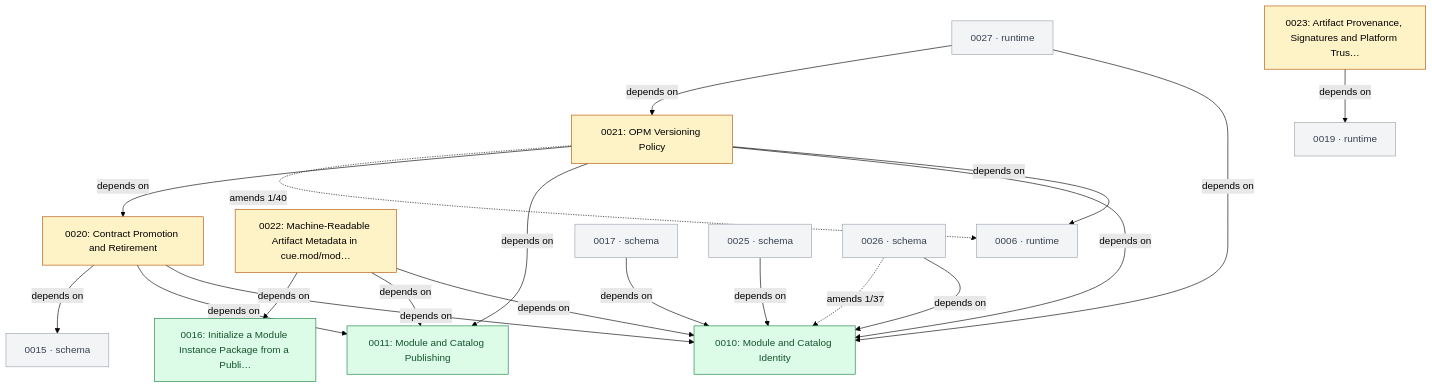
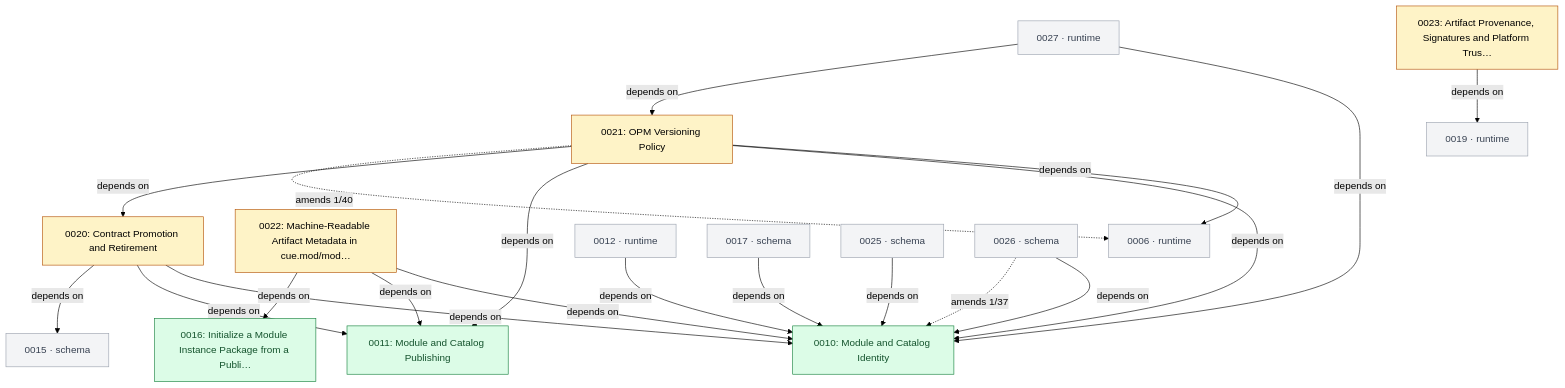
One commit to open-platform-model/enhancements changed the fourth of 6 diagrams in GRAPH.md. Above: the diagram before and after it, drawn with Mermaid (forest theme). The commit also changed other lines of this file and 11 other files, not shown here.

````diff
--- a/GRAPH.md
+++ b/GRAPH.md
@@ -142,45 +147,47 @@
 ```mermaid
 graph TD
   classDef draft       fill:#fef3c7,stroke:#b45309,color:#000
   classDef accepted    fill:#dbeafe,stroke:#1d4ed8,color:#000
   classDef rejected    fill:#fee2e2,stroke:#b91c1c,color:#7f1d1d,stroke-dasharray:4 2
   classDef superseded  fill:#e5e7eb,stroke:#6b7280,color:#6b7280
   classDef delivered   fill:#dcfce7,stroke:#15803d,color:#14532d
   classDef legacy      fill:#fafafa,stroke:#9ca3af,color:#6b7280,stroke-dasharray:3 3
   classDef stub        fill:#f3f4f6,stroke:#9ca3af,color:#374151
   classDef category    fill:#ede9fe,stroke:#6d28d9,color:#000
 
   N0010["0010: Module and Catalog Identity"]:::delivered
   N0011["0011: Module and Catalog Publishing"]:::delivered
   N0016["0016: Initialize a Module Instance Package from a Publi…"]:::delivered
   N0020["0020: Contract Promotion and Retirement"]:::draft
   N0021["0021: OPM Versioning Policy"]:::draft
   N0022["0022: Machine-Readable Artifact Metadata in cue.mod/mod…"]:::draft
   N0023["0023: Artifact Provenance, Signatures and Platform Trus…"]:::draft
   N0006["0006 · runtime"]:::stub
+  N0012["0012 · runtime"]:::stub
   N0015["0015 · schema"]:::stub
   N0017["0017 · schema"]:::stub
   N0019["0019 · runtime"]:::stub
   N0025["0025 · schema"]:::stub
   N0026["0026 · schema"]:::stub
   N0027["0027 · runtime"]:::stub
 
+  N0012 -->|depends on| N0010
   N0017 -->|depends on| N0010
   N0020 -->|depends on| N0010
   N0020 -->|depends on| N0011
   N0020 -->|depends on| N0015
   N0021 -->|depends on| N0006
   N0021 -->|depends on| N0010
   N0021 -->|depends on| N0011
   N0021 -->|depends on| N0020
   N0022 -->|depends on| N0010
   N0022 -->|depends on| N0011
   N0022 -->|depends on| N0016
   N0023 -->|depends on| N0019
   N0025 -->|depends on| N0010
   N0026 -->|depends on| N0010
   N0027 -->|depends on| N0010
   N0027 -->|depends on| N0021
   N0021 -.->|amends 1/40| N0006
   N0026 -.->|amends 1/37| N0010
 ```
````
